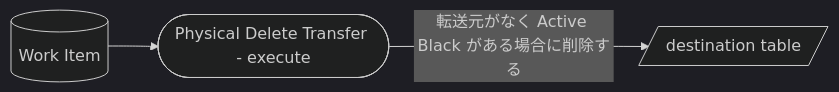
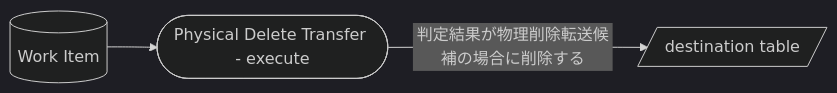
The eighth of 10 diagrams in packages/transfer/docs/processes/transfer-execution-process.md (mk3008/rawsql-ts), drawn with Mermaid (dark theme) before and after one commit. The commit also changed other lines of this file and 63 other files, not shown here.

````diff
--- a/packages/transfer/docs/processes/transfer-execution-process.md
+++ b/packages/transfer/docs/processes/transfer-execution-process.md
@@ -122,9 +142,9 @@
 ```mermaid
 flowchart LR
   WorkItem[("Work Item")]
   PhysicalDeleteTransfer(["Physical Delete Transfer - execute"])
   DestinationTable[/"destination table"/]
 
   WorkItem --> PhysicalDeleteTransfer
-  PhysicalDeleteTransfer -->|"転送元がなく Active Black がある場合に削除する"| DestinationTable
+  PhysicalDeleteTransfer -->|"判定結果が物理削除転送候補の場合に削除する"| DestinationTable
 ```
````
